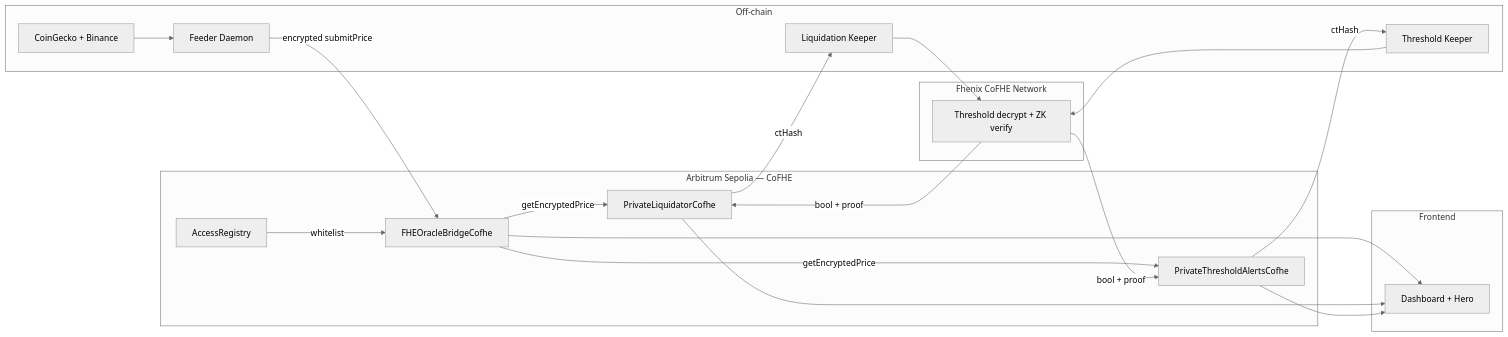
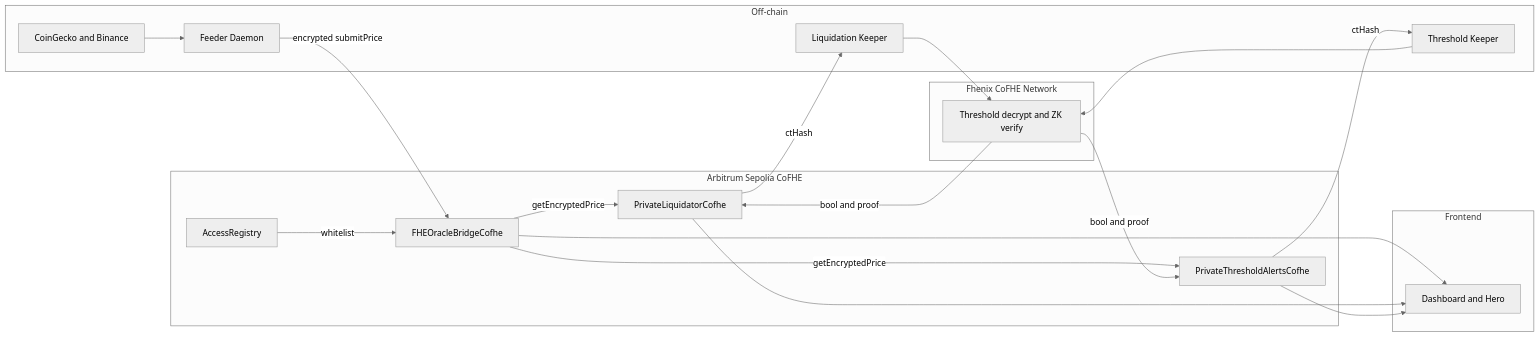
The second of 7 diagrams in README.md (Nanle-code/fhe-oracle-bridge), drawn with Mermaid (neutral theme) before and after one commit. The commit also changed other lines of this file, not shown here.

````diff
--- a/README.md
+++ b/README.md
@@ -328,39 +310,39 @@
 ```mermaid
 flowchart LR
-    subgraph OffChain[Off-chain]
+    subgraph OffChain["Off-chain"]
         FD[Feeder Daemon]
         LK[Liquidation Keeper]
         TK[Threshold Keeper]
-        APIs[CoinGecko + Binance]
+        APIs["CoinGecko and Binance"]
     end
 
-    subgraph OnChain[Arbitrum Sepolia — CoFHE]
+    subgraph OnChain["Arbitrum Sepolia CoFHE"]
         AR[AccessRegistry]
         OB[FHEOracleBridgeCofhe]
         PL[PrivateLiquidatorCofhe]
         PTA[PrivateThresholdAlertsCofhe]
     end
 
-    subgraph Fhenix[Fhenix CoFHE Network]
-        TN[Threshold decrypt + ZK verify]
+    subgraph Fhenix["Fhenix CoFHE Network"]
+        TN["Threshold decrypt and ZK verify"]
     end
 
-    subgraph Frontend[Frontend]
-        UI[Dashboard + Hero]
+    subgraph Frontend["Frontend"]
+        UI["Dashboard and Hero"]
     end
 
     APIs --> FD
     FD -->|encrypted submitPrice| OB
     AR -->|whitelist| OB
     OB -->|getEncryptedPrice| PL
     OB -->|getEncryptedPrice| PTA
     PL -->|ctHash| LK
     PTA -->|ctHash| TK
     LK --> TN
     TK --> TN
-    TN -->|bool + proof| PL
-    TN -->|bool + proof| PTA
+    TN -->|bool and proof| PL
+    TN -->|bool and proof| PTA
     OB --> UI
     PL --> UI
     PTA --> UI
 ```
````
